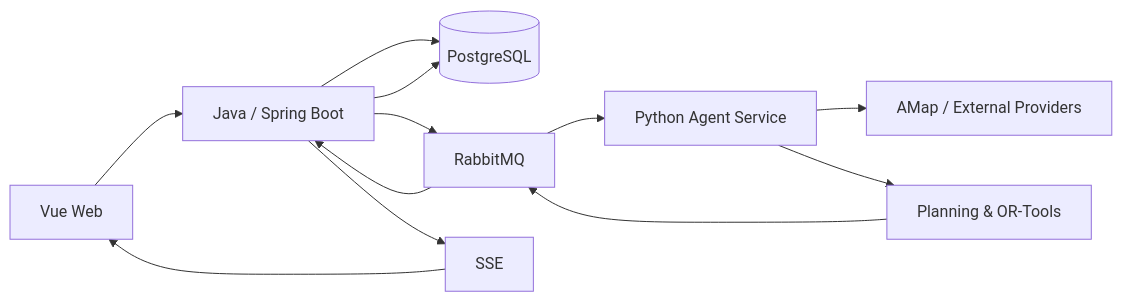
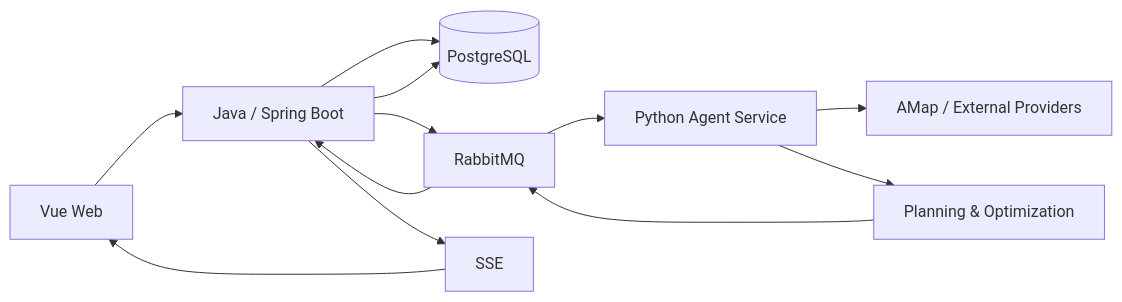
Before and after one commit to tobehardoo/trip-pilot-agent: the diagram in README.md, drawn with Mermaid. The commit also changed other lines of this file and 3 other files, not shown here.

````diff
--- a/README.md
+++ b/README.md
@@ -31,17 +31,17 @@
 ```mermaid
 flowchart LR
     Web[Vue Web] --> API[Java / Spring Boot]
     API --> DB[(PostgreSQL)]
     API --> MQ[RabbitMQ]
 
     MQ --> Agent[Python Agent Service]
     Agent --> Provider[AMap / External Providers]
-    Agent --> Planner[Planning & OR-Tools]
+    Agent --> Planner[Planning & Optimization]
 
     Planner --> MQ
     MQ --> API
 
     API --> DB
     API --> SSE[SSE]
     SSE --> Web
 ```
````
